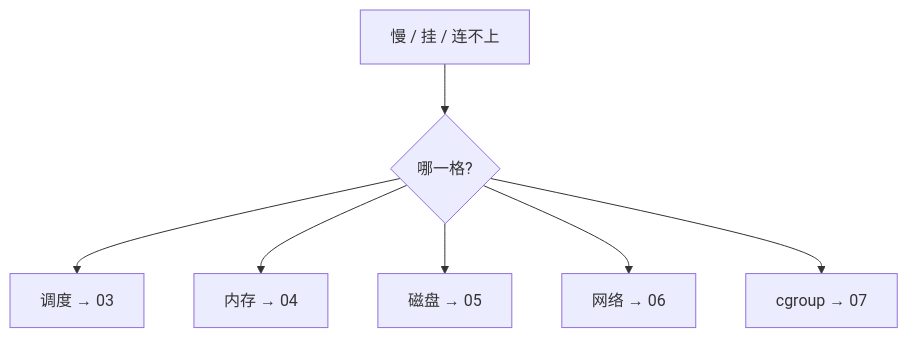
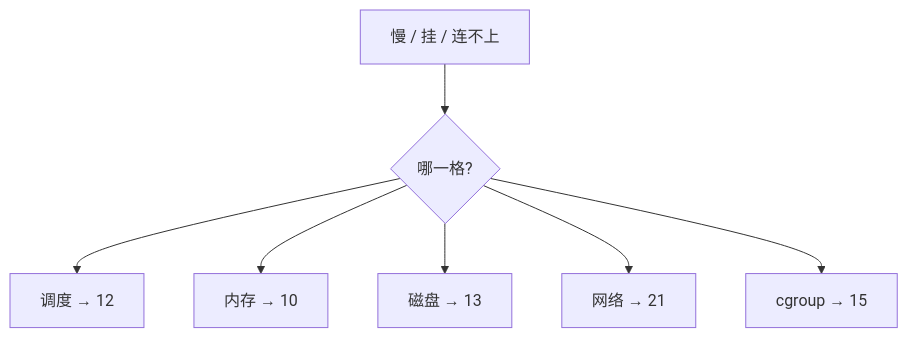
Before and after one commit to ml-cuizijun/LearnToLilith: the eighth of 12 diagrams in 01-基础底座/04-内核与系统/知识点.md, drawn with Mermaid. The commit also changed other lines of this file and 56 other files, not shown here.

````diff
--- a/01-基础底座/04-内核与系统/知识点.md
+++ b/01-基础底座/04-内核与系统/知识点.md
@@ -763,9 +763,9 @@
 ```mermaid
 flowchart TB
     A[慢 / 挂 / 连不上] --> B{哪一格?}
-    B --> C[调度 → 03]
-    B --> D[内存 → 04]
-    B --> E[磁盘 → 05]
-    B --> F[网络 → 06]
-    B --> G[cgroup → 07]
+    B --> C[调度 → 12]
+    B --> D[内存 → 10]
+    B --> E[磁盘 → 13]
+    B --> F[网络 → 21]
+    B --> G[cgroup → 15]
 ```
````
